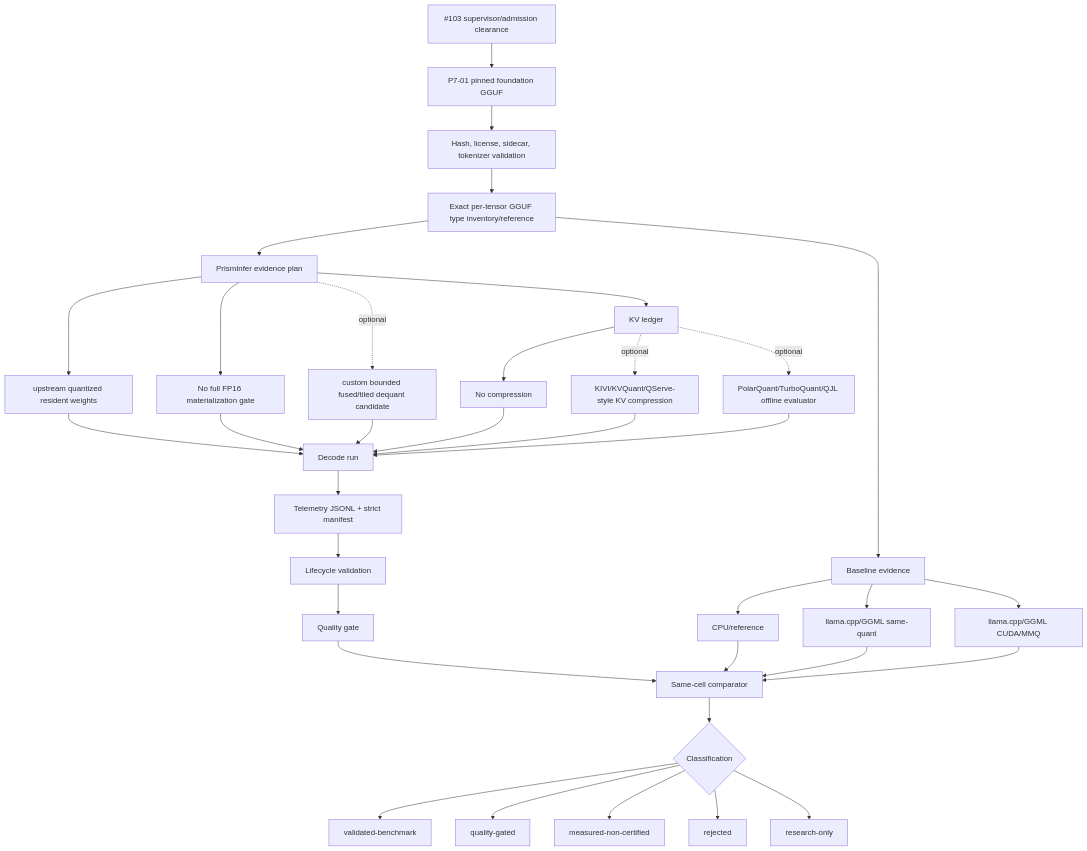
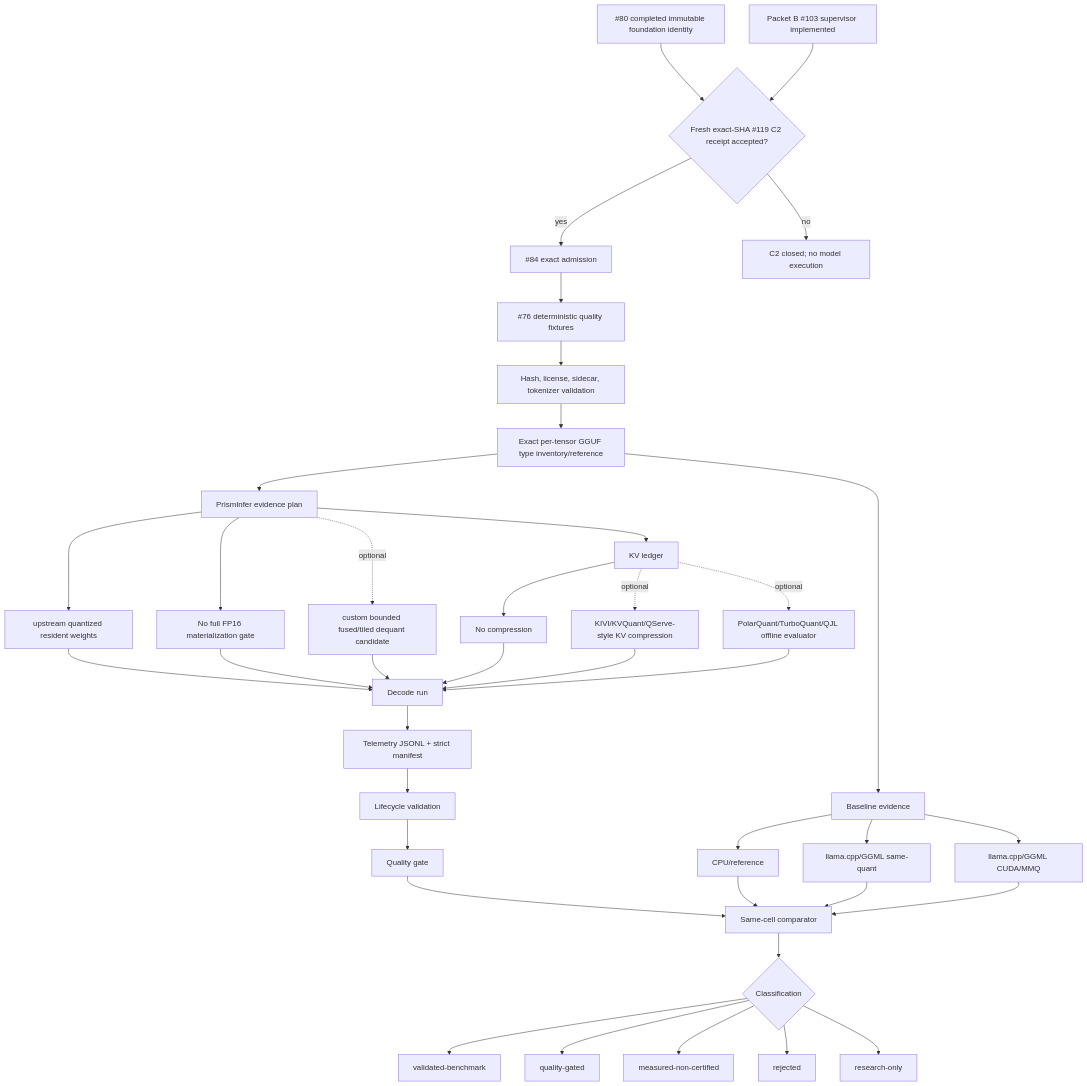
One commit to Gravelaw/prisminfer changed the diagram in docs/phase6-compression-architecture.md. Above: the diagram before and after it, drawn with Mermaid. The commit also changed other lines of this file and 18 other files, not shown here.

````diff
--- a/docs/phase6-compression-architecture.md
+++ b/docs/phase6-compression-architecture.md
@@ -36,37 +46,41 @@
 ```mermaid
 flowchart TD
-  SAFE["#103 supervisor/admission clearance"] --> A["P7-01 pinned foundation GGUF"]
-  A --> B["Hash, license, sidecar, tokenizer validation"]
+  A["#80 completed immutable foundation identity"] --> SAFE{"Fresh exact-SHA #119 C2 receipt accepted?"}
+  S["Packet B #103 supervisor implemented"] --> SAFE
+  SAFE -->|yes| CAP["#84 exact admission"]
+  SAFE -->|no| STOP["C2 closed; no model execution"]
+  CAP --> FIX["#76 deterministic quality fixtures"]
+  FIX --> B["Hash, license, sidecar, tokenizer validation"]
   B --> C["Exact per-tensor GGUF type inventory/reference"]
   C --> D["Baseline evidence"]
   D --> D1["CPU/reference"]
   D --> D2["llama.cpp/GGML same-quant"]
   D --> D3["llama.cpp/GGML CUDA/MMQ"]
   C --> E["PrismInfer evidence plan"]
   E --> F["upstream quantized resident weights"]
   E --> G["No full FP16 materialization gate"]
   E -.->|optional| H["custom bounded fused/tiled dequant candidate"]
   E --> I["KV ledger"]
   I --> J["No compression"]
   I -.->|optional| K["KIVI/KVQuant/QServe-style KV compression"]
   I -.->|optional| L["PolarQuant/TurboQuant/QJL offline evaluator"]
   F --> M["Decode run"]
   G --> M
   H --> M
   J --> M
   K --> M
   L --> M
   M --> N["Telemetry JSONL + strict manifest"]
   N --> O["Lifecycle validation"]
   O --> P["Quality gate"]
   P --> Q["Same-cell comparator"]
   D1 --> Q
   D2 --> Q
   D3 --> Q
   Q --> R{"Classification"}
   R --> VB["validated-benchmark"]
   R --> T["quality-gated"]
   R --> U["measured-non-certified"]
   R --> V["rejected"]
   R --> W["research-only"]
 ```
````
